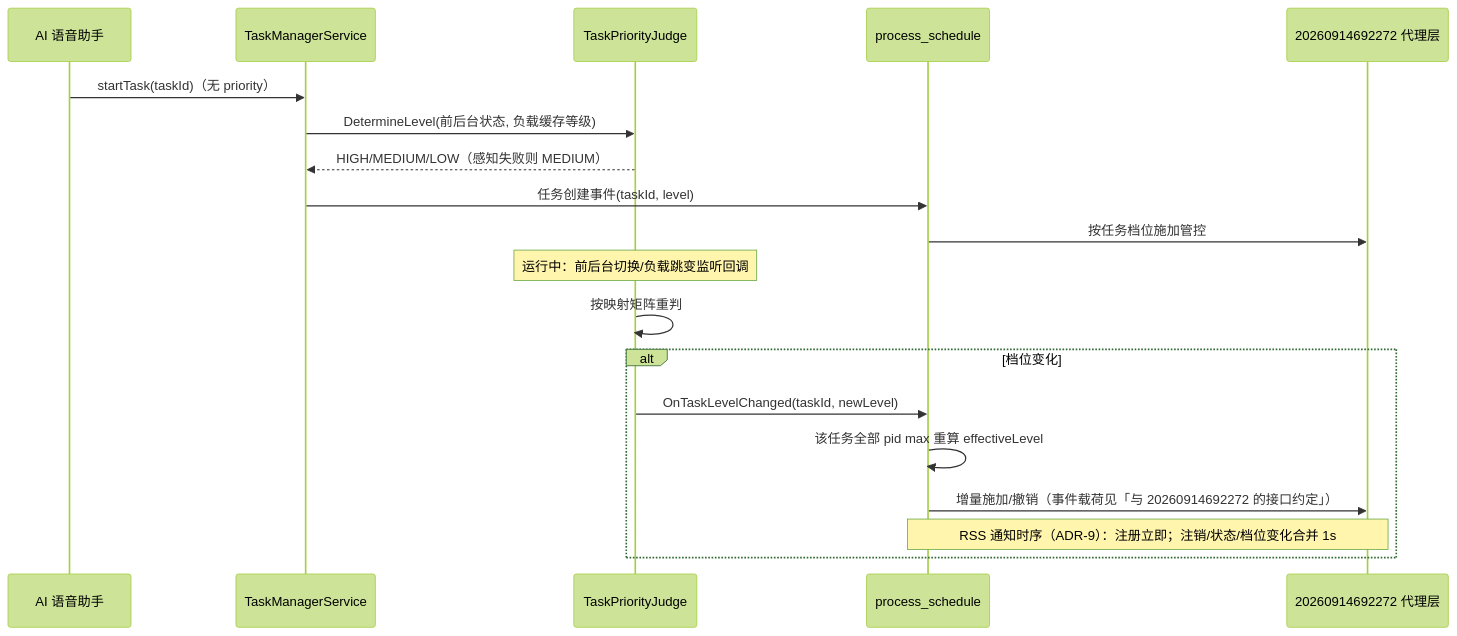
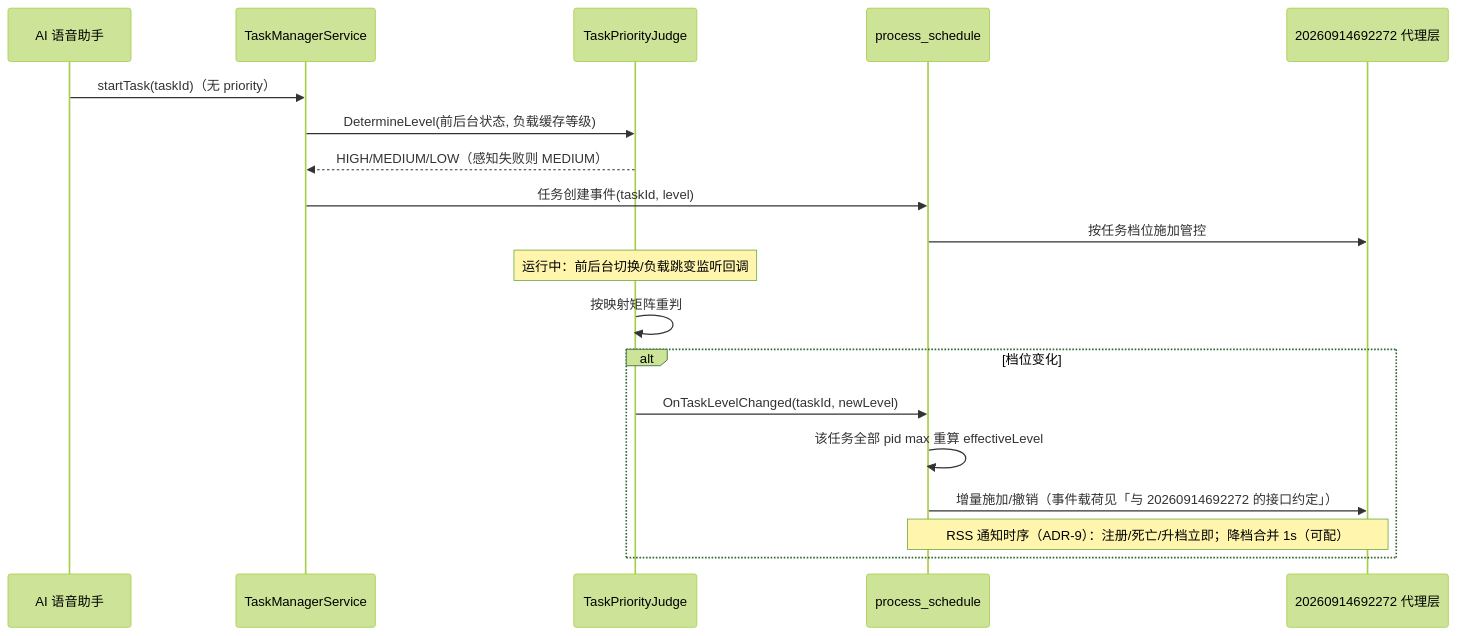
Before and after one commit to xuanjiazhen/ability_ability_runtime: the third of 3 diagrams in .codespec/changes/20260914692273/design.md, drawn with Mermaid (forest theme). The commit also changed other lines of this file, not shown here.

First line of the commit message:
docs(sdd): ADR-9通知时序确认基线落地(采纳全部建议)

````diff
--- a/.codespec/changes/20260914692273/design.md
+++ b/.codespec/changes/20260914692273/design.md
@@ -257,21 +257,21 @@
 ```mermaid
 sequenceDiagram
     participant APP as AI 语音助手
     participant SVC as TaskManagerService
     participant J as TaskPriorityJudge
     participant PS as process_schedule
     participant RSS as 20260914692272 代理层
     APP->>SVC: startTask(taskId)（无 priority）
     SVC->>J: DetermineLevel(前后台状态, 负载缓存等级)
     J-->>SVC: HIGH/MEDIUM/LOW（感知失败则 MEDIUM）
     SVC->>PS: 任务创建事件(taskId, level)
     PS->>RSS: 按任务档位施加管控
     Note over J: 运行中：前后台切换/负载跳变监听回调
     J->>J: 按映射矩阵重判
     alt 档位变化
         J->>PS: OnTaskLevelChanged(taskId, newLevel)
         PS->>PS: 该任务全部 pid max 重算 effectiveLevel
         PS->>RSS: 增量施加/撤销（事件载荷见「与 20260914692272 的接口约定」）
-    Note over PS,RSS: RSS 通知时序（ADR-9）：注册立即；注销/状态/档位变化合并 1s
+    Note over PS,RSS: RSS 通知时序（ADR-9）：注册/死亡/升档立即；降档合并 1s（可配）
     end
 ```
````
